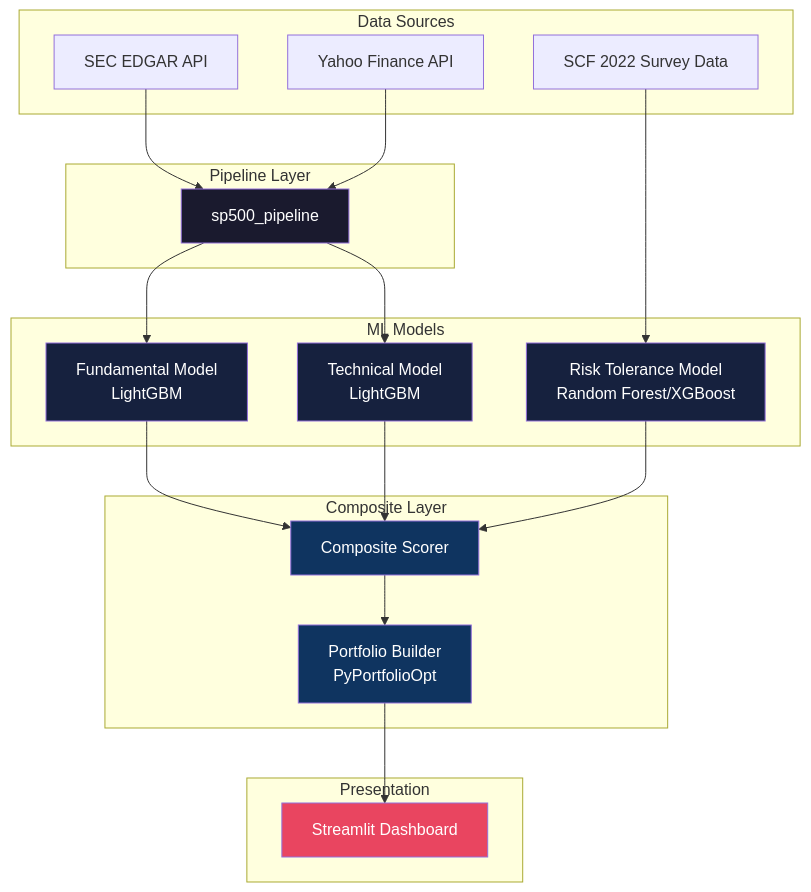
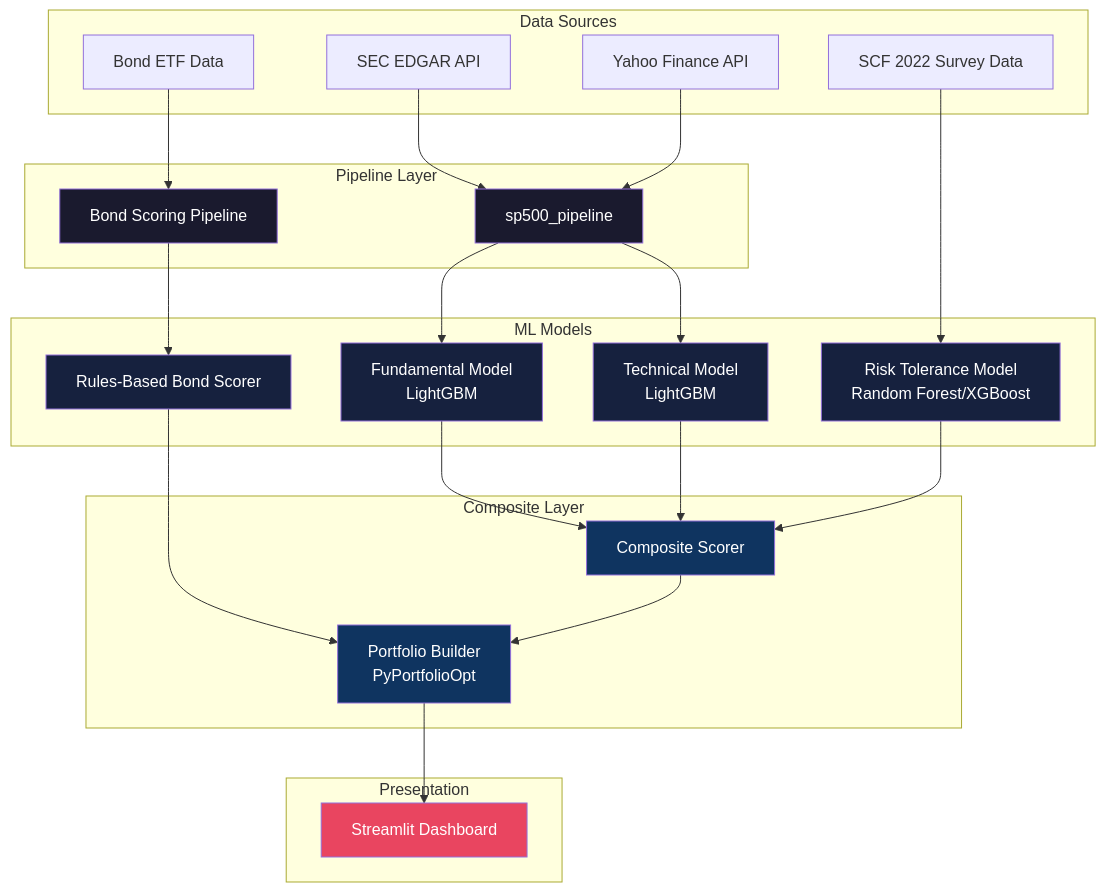
Before and after one commit to HansalBhangale/data: the first of 9 diagrams in README.md, drawn with Mermaid. The commit also changed other lines of this file and 11 other files, not shown here.

````diff
--- a/README.md
+++ b/README.md
@@ -9,46 +9,54 @@
 ```mermaid
 flowchart TB
     subgraph "Data Sources"
         SEC[SEC EDGAR API]
         YF[Yahoo Finance API]
         SCF[SCF 2022 Survey Data]
+        BD[Bond ETF Data]
     end
 
     subgraph "Pipeline Layer"
         Pipe[sp500_pipeline]
+        BondPipe[Bond Scoring Pipeline]
     end
 
     subgraph "ML Models"
         FundML[Fundamental Model<br/>LightGBM]
         TechML[Technical Model<br/>LightGBM]
         RiskML[Risk Tolerance Model<br/>Random Forest/XGBoost]
+        BondScorer[Rules-Based Bond Scorer]
     end
 
     subgraph "Composite Layer"
         Comp[Composite Scorer]
         Port[Portfolio Builder<br/>PyPortfolioOpt]
     end
 
     subgraph "Presentation"
         GUI[Streamlit Dashboard]
     end
 
     SEC --> Pipe
     YF --> Pipe
     Pipe --> FundML
     Pipe --> TechML
     SCF --> RiskML
+    BD --> BondPipe
+    BondPipe --> BondScorer
     FundML --> Comp
     TechML --> Comp
     RiskML --> Comp
+    BondScorer --> Port
     Comp --> Port
     Port --> GUI
 
     style Pipe fill:#1a1a2e,color:#fff
+    style BondPipe fill:#1a1a2e,color:#fff
     style FundML fill:#16213e,color:#fff
     style TechML fill:#16213e,color:#fff
     style RiskML fill:#16213e,color:#fff
+    style BondScorer fill:#16213e,color:#fff
     style Comp fill:#0f3460,color:#fff
     style Port fill:#0f3460,color:#fff
     style GUI fill:#e94560,color:#fff
 ```
````
